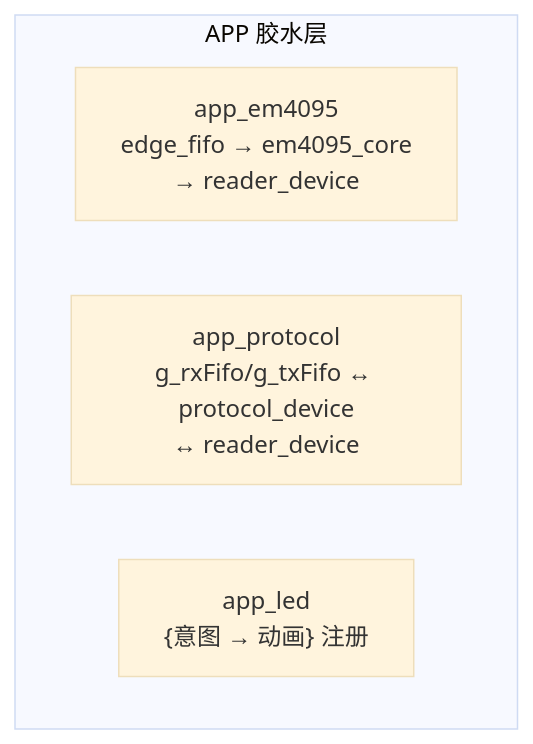
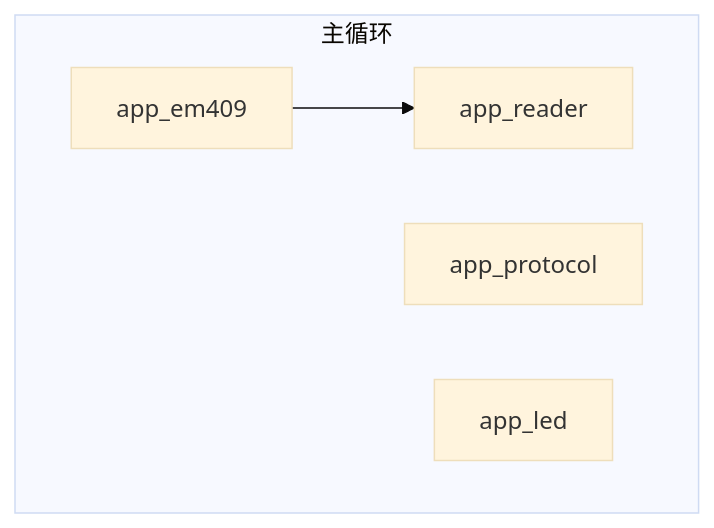
Before and after one commit to Siaiai/ObsidianNote: the second of 11 diagrams in 工作/SR3读卡器/260802SR3读卡器架构.md, drawn with Mermaid (base theme).

Commit message:
[自动]笔记同步:2026-08-03 14:43:41 涉及文件个数:1
Affected files:
工作/SR3读卡器/260802SR3读卡器架构.md

````diff
--- a/工作/SR3读卡器/260802SR3读卡器架构.md
+++ b/工作/SR3读卡器/260802SR3读卡器架构.md
@@ -99,9 +99,12 @@
 ```mermaid
 flowchart TD
-subgraph APP["APP 胶水层"]
-        direction LR
-        A_EM["app_em4095<br/>edge_fifo → em4095_core<br/>→ reader_device"]
-        A_PT["app_protocol<br/>g_rxFifo/g_txFifo ↔ protocol_device<br/>↔ reader_device"]
-        A_LED["app_led<br/>{意图 → 动画} 注册"]
-    end
+	subgraph MAIN["主循环"]
+		direction LR
+		APP_EM4095["app_em409"]
+		APP_READER["app_reader"]
+		APP_PROTOCOL["app_protocol"]
+		APP_LED["app_led"]
+		APP_EM4095 --> APP_READER
+	end
+	
 ```
````
